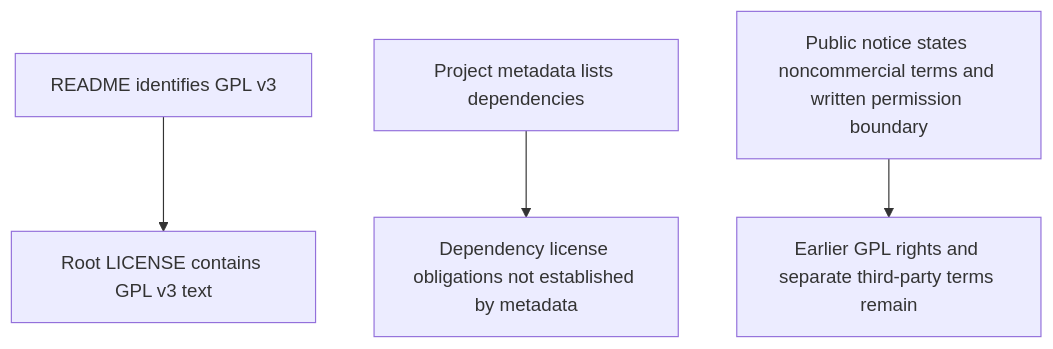
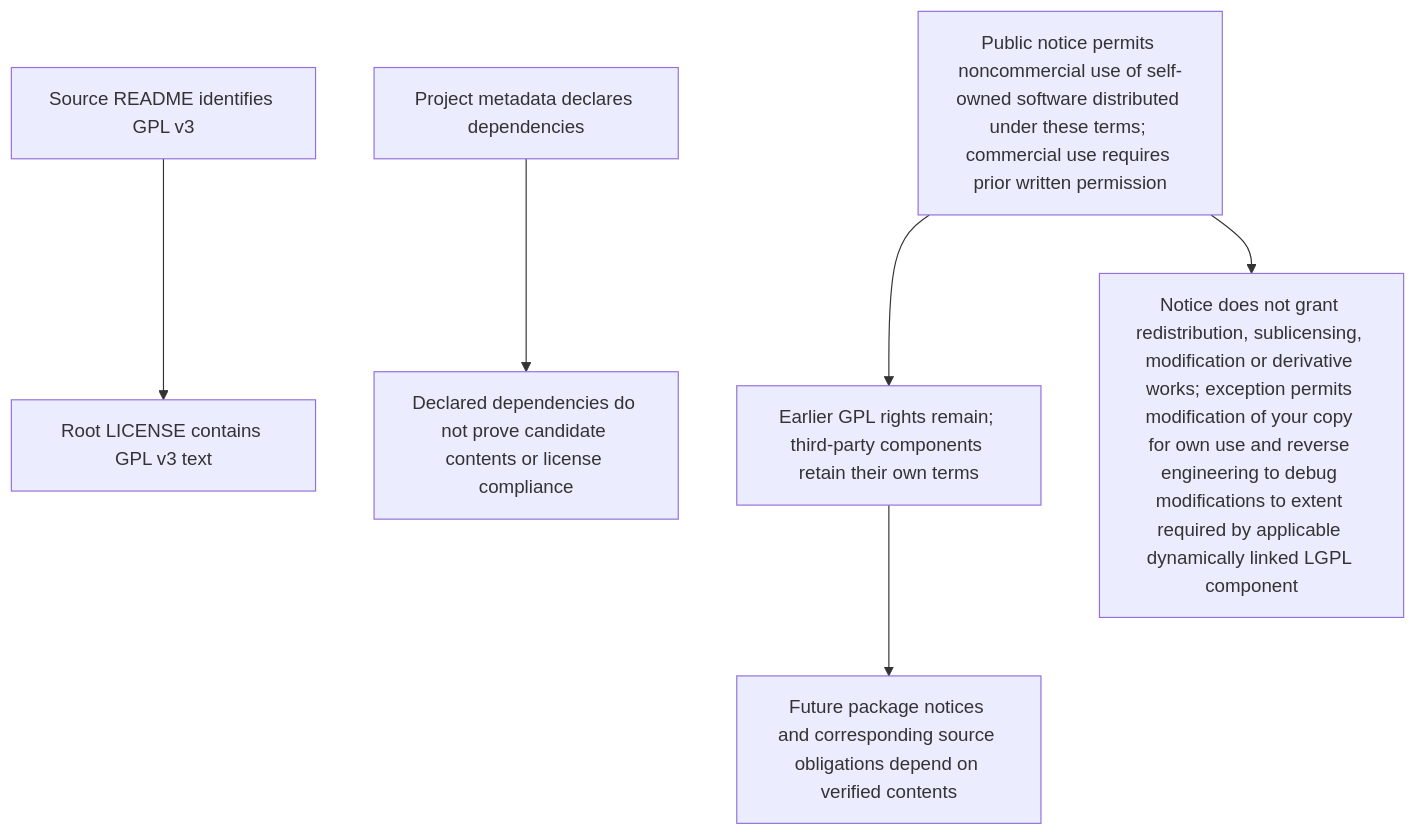
Before and after one commit to KarlSideProjects/hwmonitor-mqtt: the diagram in docs/flows/sender.license.mmd, drawn with Mermaid. The commit also changed 27 other files, not shown here.

```diff
--- a/docs/flows/sender.license.mmd
+++ b/docs/flows/sender.license.mmd
@@ -1,10 +1,14 @@
 flowchart TD
-    A["README identifies GPL v3"]
+    A["Source README identifies GPL v3"]
     B["Root LICENSE contains GPL v3 text"]
-    C["Project metadata lists dependencies"]
-    D["Dependency license obligations not established by metadata"]
-    E["Public notice states noncommercial terms and written permission boundary"]
-    F["Earlier GPL rights and separate third-party terms remain"]
-    E --> F
+    C["Project metadata declares dependencies"]
+    D["Declared dependencies do not prove candidate contents or license compliance"]
+    E["Public notice permits noncommercial use of self-owned software distributed under these terms; commercial use requires prior written permission"]
+    F["Earlier GPL rights remain; third-party components retain their own terms"]
+    G["Notice does not grant redistribution, sublicensing, modification or derivative works; exception permits modification of your copy for own use and reverse engineering to debug modifications to extent required by applicable dynamically linked LGPL component"]
+    H["Future package notices and corresponding source obligations depend on verified contents"]
     A --> B
     C --> D
+    E --> F
+    E --> G
+    F --> H
```
